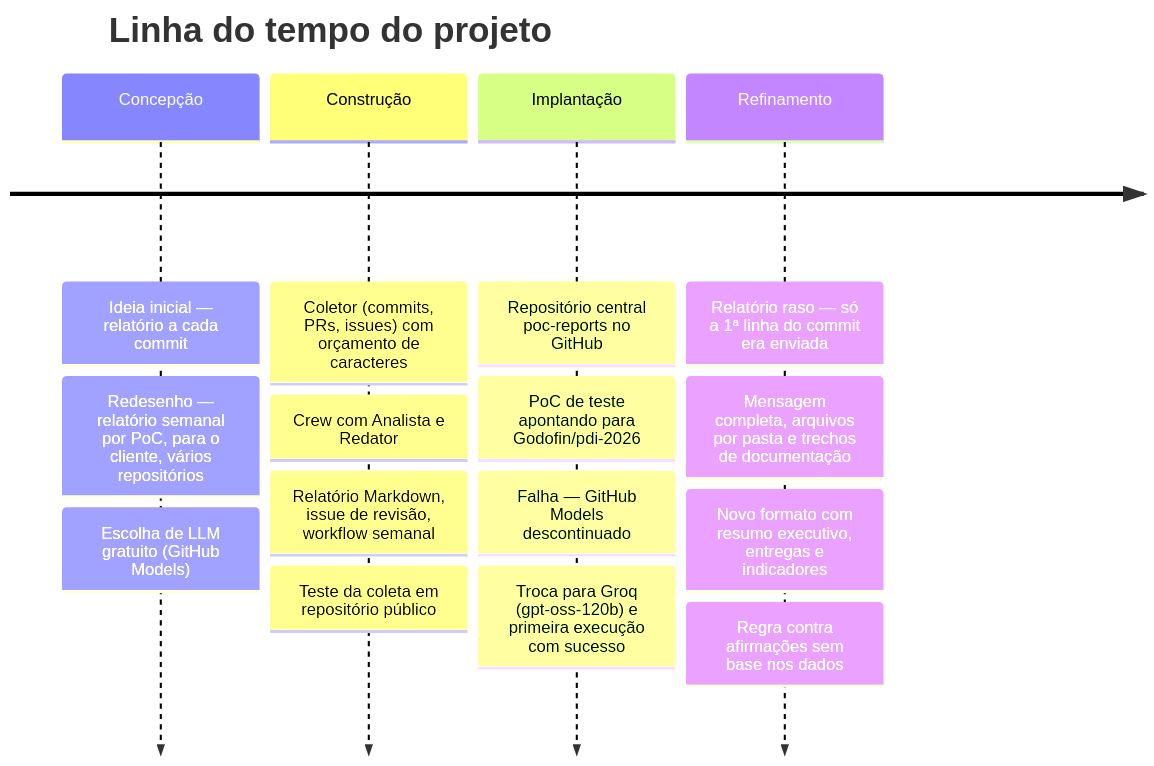
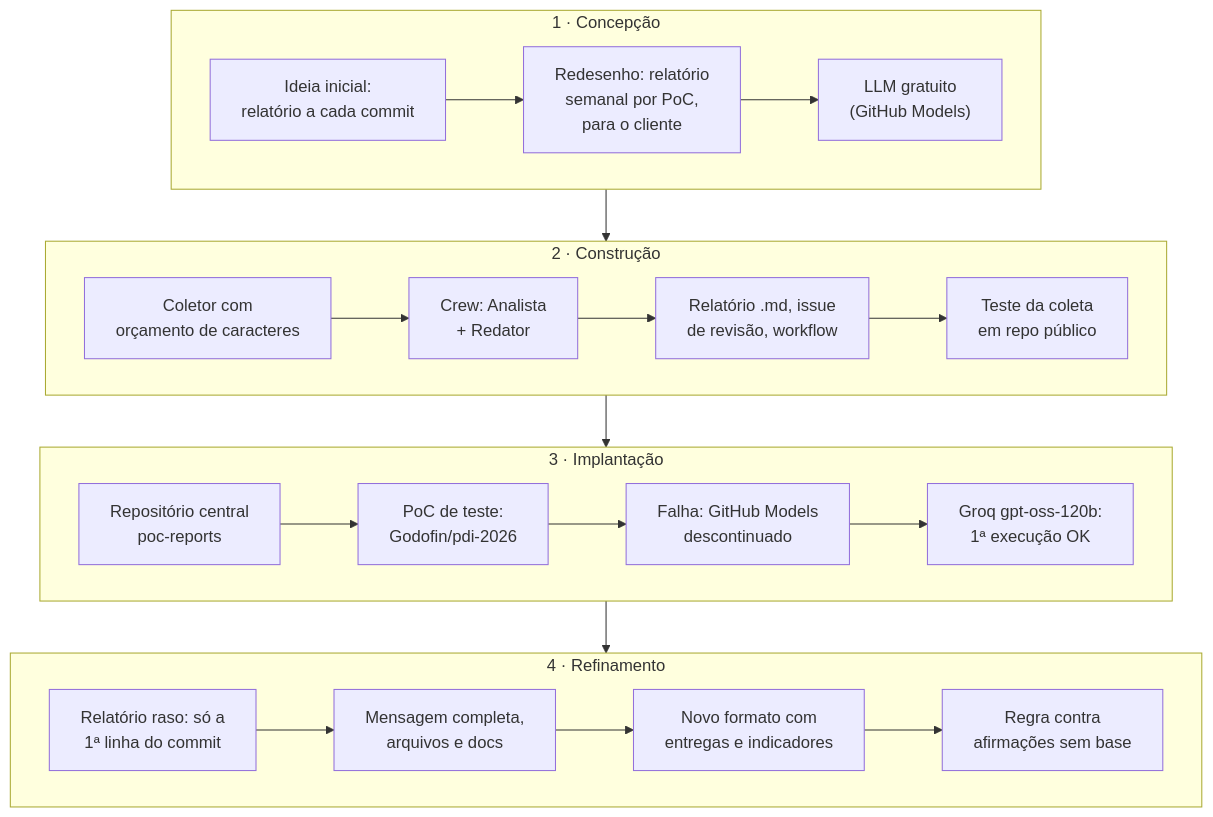
Before and after one commit to Godofin/poc-reports: diagram 14 of 14 in docs/documentacao.md, drawn with Mermaid. The commit also changed other lines of this file, not shown here.

Commit message:
Docs: troca diagramas timeline por fluxogramas (renderização no GitHub)

````diff
--- a/docs/documentacao.md
+++ b/docs/documentacao.md
@@ -579,19 +579,20 @@
 ```mermaid
-timeline
-    title Linha do tempo do projeto
-    Concepção : Ideia inicial — relatório a cada commit
-              : Redesenho — relatório semanal por PoC, para o cliente, vários repositórios
-              : Escolha de LLM gratuito (GitHub Models)
-    Construção : Coletor (commits, PRs, issues) com orçamento de caracteres
-               : Crew com Analista e Redator
-               : Relatório Markdown, issue de revisão, workflow semanal
-               : Teste da coleta em repositório público
-    Implantação : Repositório central poc-reports no GitHub
-                : PoC de teste apontando para Godofin/pdi-2026
-                : Falha — GitHub Models descontinuado
-                : Troca para Groq (gpt-oss-120b) e primeira execução com sucesso
-    Refinamento : Relatório raso — só a 1ª linha do commit era enviada
-                : Mensagem completa, arquivos por pasta e trechos de documentação
-                : Novo formato com resumo executivo, entregas e indicadores
-                : Regra contra afirmações sem base nos dados
+flowchart TB
+    subgraph F1["1 · Concepção"]
+        direction LR
+        a1["Ideia inicial:<br/>relatório a cada commit"] --> a2["Redesenho: relatório<br/>semanal por PoC,<br/>para o cliente"] --> a3["LLM gratuito<br/>(GitHub Models)"]
+    end
+    subgraph F2["2 · Construção"]
+        direction LR
+        b1["Coletor com<br/>orçamento de caracteres"] --> b2["Crew: Analista<br/>+ Redator"] --> b3["Relatório .md, issue<br/>de revisão, workflow"] --> b4["Teste da coleta<br/>em repo público"]
+    end
+    subgraph F3["3 · Implantação"]
+        direction LR
+        c1["Repositório central<br/>poc-reports"] --> c2["PoC de teste:<br/>Godofin/pdi-2026"] --> c3["Falha: GitHub Models<br/>descontinuado"] --> c4["Groq gpt-oss-120b:<br/>1ª execução OK"]
+    end
+    subgraph F4["4 · Refinamento"]
+        direction LR
+        d1["Relatório raso: só a<br/>1ª linha do commit"] --> d2["Mensagem completa,<br/>arquivos e docs"] --> d3["Novo formato com<br/>entregas e indicadores"] --> d4["Regra contra<br/>afirmações sem base"]
+    end
+    F1 --> F2 --> F3 --> F4
 ```
````
